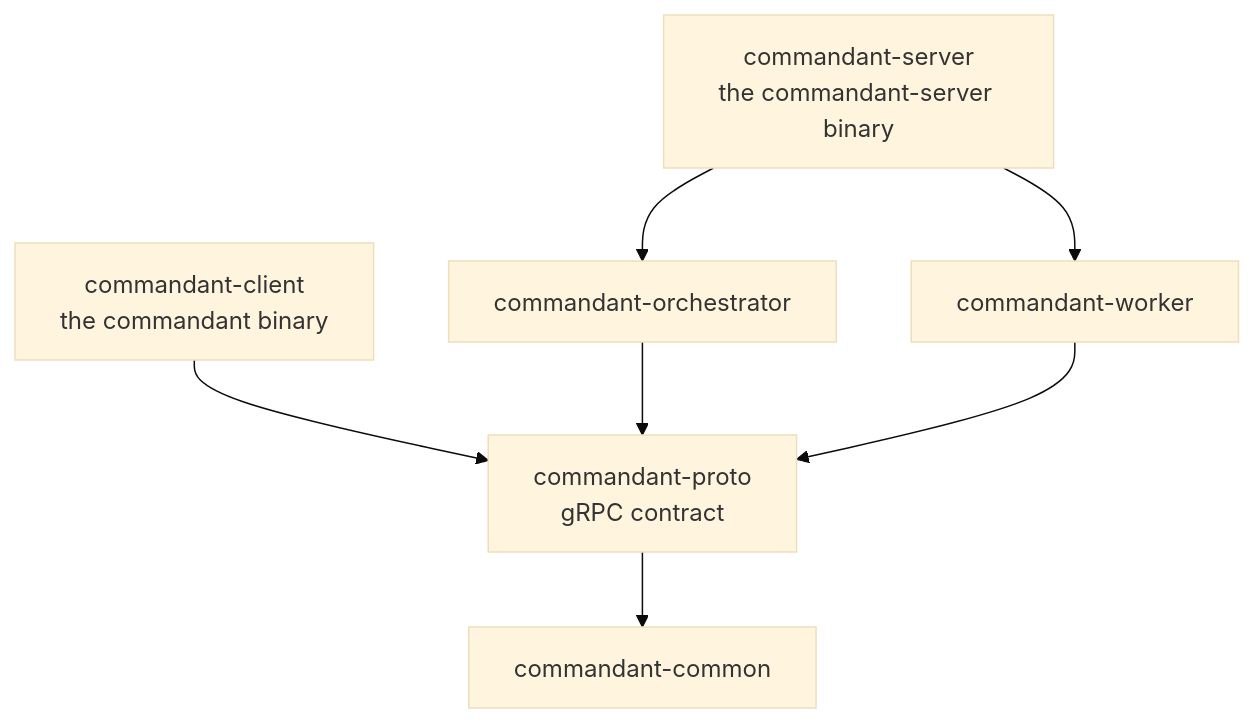
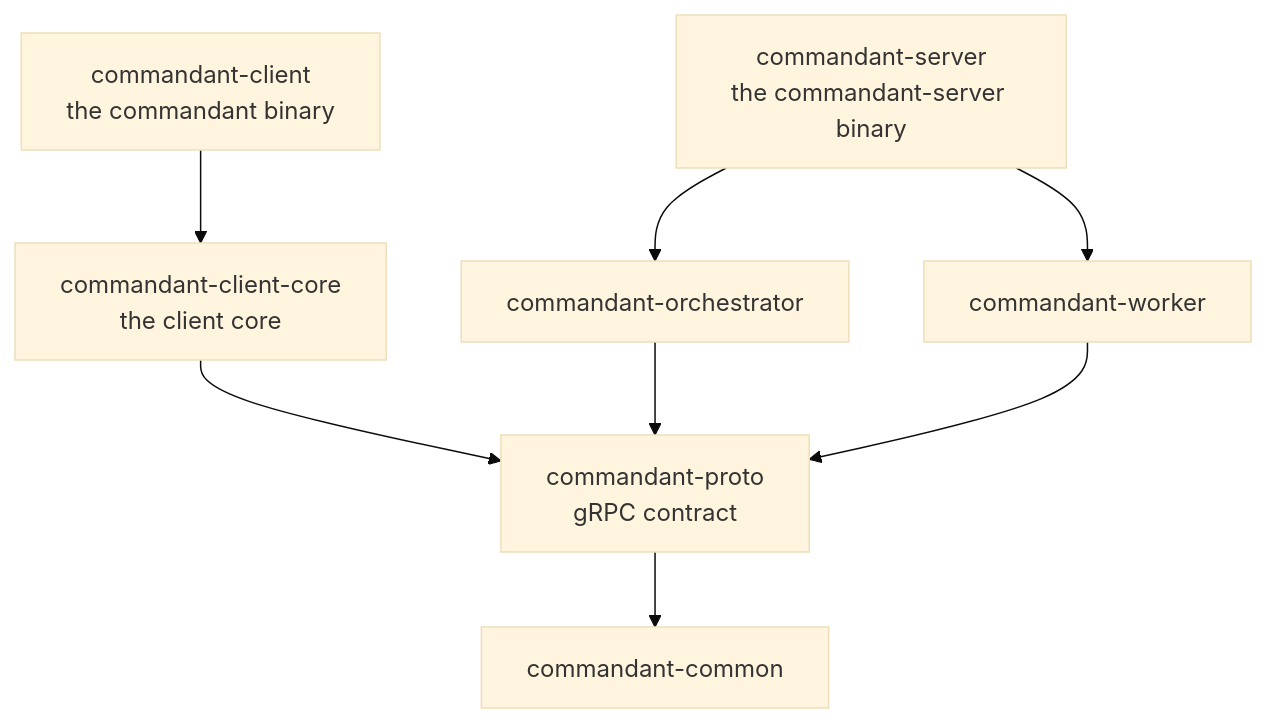
One commit to EwenSellitto/Commandant changed the diagram in docs/crates.md. Above: the diagram before and after it, drawn with Mermaid (base theme). The commit also changed other lines of this file and 34 other files, not shown here.

First line of the commit message:
refactor: the client state moves into commandant-client-core

````diff
--- a/docs/crates.md
+++ b/docs/crates.md
@@ -7,14 +7,16 @@
 ```mermaid
 flowchart TD
     SERVER["commandant-server<br/>the commandant-server binary"]
     CLIENT["commandant-client<br/>the commandant binary"]
+    CORE["commandant-client-core<br/>the client core"]
     ORCH["commandant-orchestrator"]
     WORK["commandant-worker"]
     PROTO["commandant-proto<br/>gRPC contract"]
     COMMON["commandant-common"]
     SERVER --> ORCH & WORK
-    CLIENT --> PROTO
+    CLIENT --> CORE
+    CORE --> PROTO
     ORCH --> PROTO
     WORK --> PROTO
     PROTO --> COMMON
 ```
````
